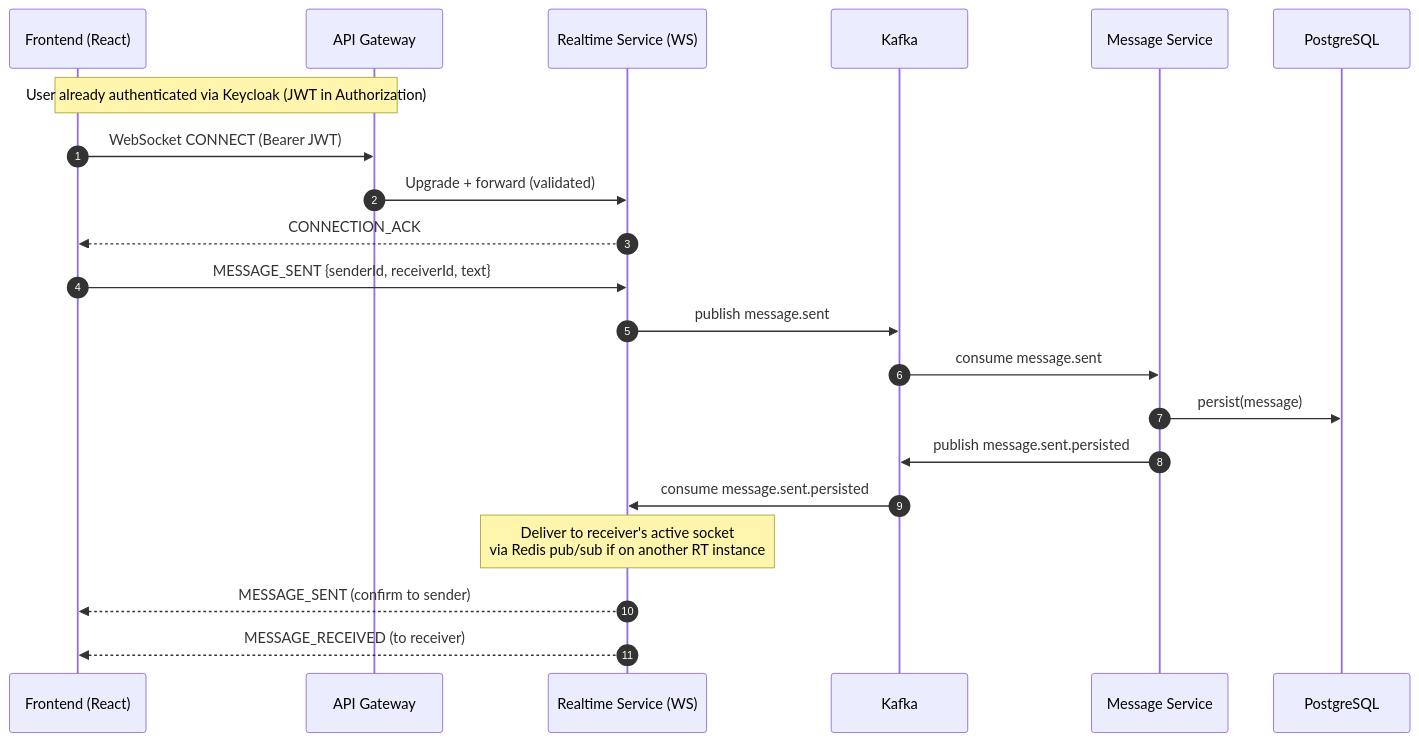
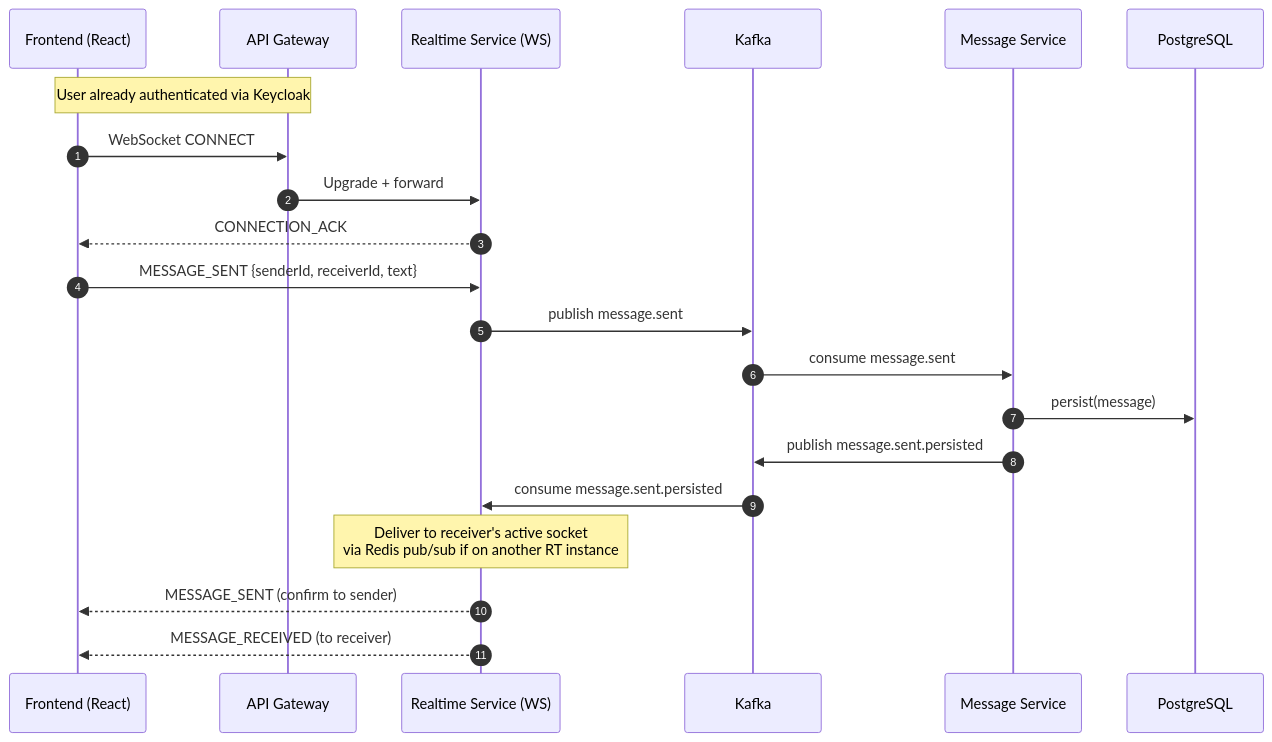
The third of 4 diagrams in README.md (psobow/chat-app), drawn with Mermaid before and after one commit. The commit also changed other lines of this file, not shown here.

````diff
--- a/README.md
+++ b/README.md
@@ -231,28 +235,28 @@
 ```mermaid
 sequenceDiagram
   autonumber
   participant UI as Frontend (React)
   participant GW as API Gateway
   participant RT as Realtime Service (WS)
   participant K as Kafka
   participant MS as Message Service
   participant DB as PostgreSQL
 
-  Note over UI,GW: User already authenticated via Keycloak (JWT in Authorization)
+  Note over UI,GW: User already authenticated via Keycloak
 
-  UI->>GW: WebSocket CONNECT (Bearer JWT)
-  GW->>RT: Upgrade + forward (validated)
+  UI->>GW: WebSocket CONNECT
+  GW->>RT: Upgrade + forward
   RT-->>UI: CONNECTION_ACK
 
   UI->>RT: MESSAGE_SENT {senderId, receiverId, text}
   RT->>K: publish message.sent
 
   K->>MS: consume message.sent
   MS->>DB: persist(message)
   MS->>K: publish message.sent.persisted
 
   K->>RT: consume message.sent.persisted
   Note over RT: Deliver to receiver's active socket<br/>via Redis pub/sub if on another RT instance
   RT-->>UI: MESSAGE_SENT (confirm to sender)
   RT-->>UI: MESSAGE_RECEIVED (to receiver)
 ```
````
